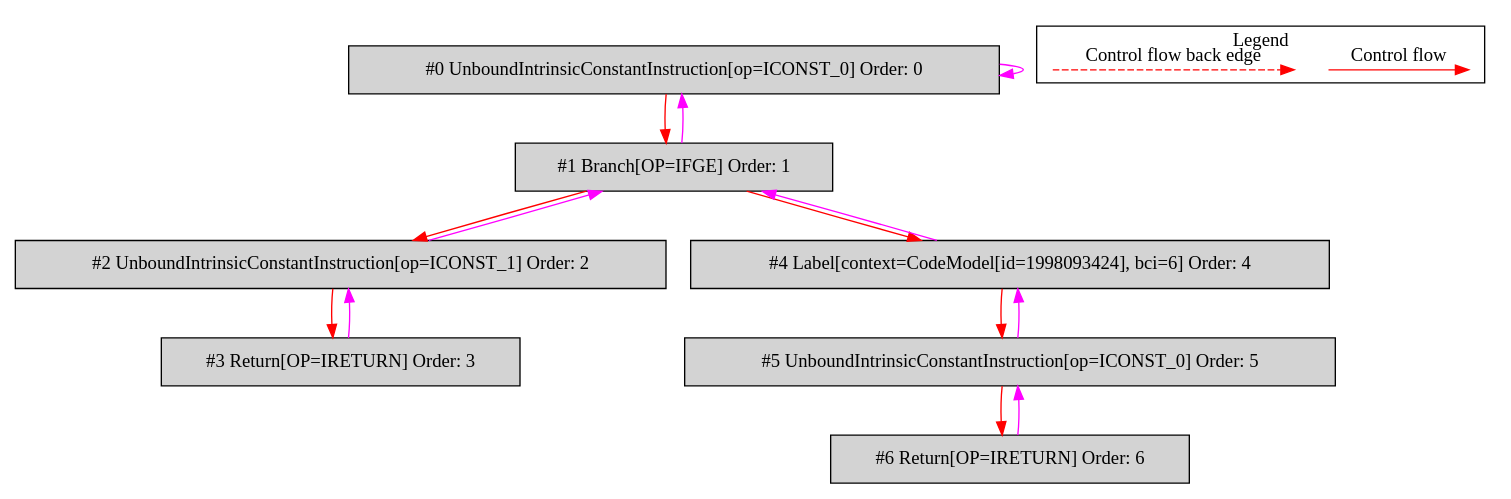
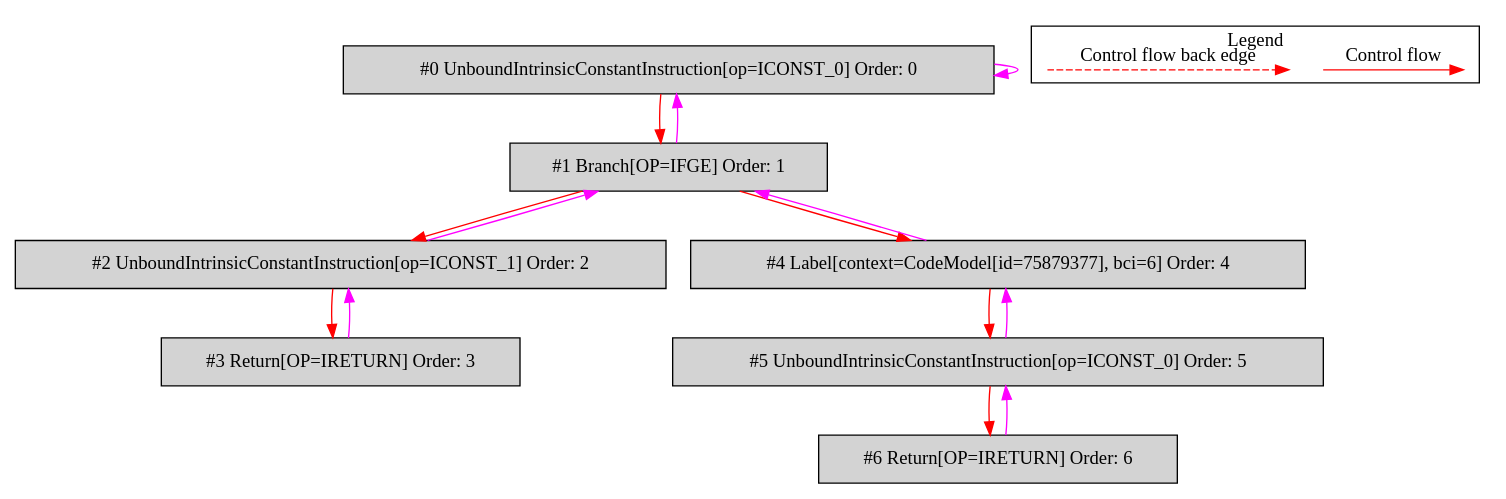
The diagram in de.mirkosertic.metair.ir.OpcodeIFGETest/test_IFGE/bytecodecfg.dot (mirkosertic/MetaIR), drawn with Graphviz before and after one commit. The commit also changed 1202 other files, not shown here.

```diff
--- a/de.mirkosertic.metair.ir.OpcodeIFGETest/test_IFGE/bytecodecfg.dot
+++ b/de.mirkosertic.metair.ir.OpcodeIFGETest/test_IFGE/bytecodecfg.dot
@@ -1,37 +1,37 @@
 digraph {
  ordering="in";
  node0[label="#0 UnboundIntrinsicConstantInstruction[op=ICONST_0] Order: 0", shape=box, fillcolor=lightgrey, style=filled];
  node1[label="#1 Branch[OP=IFGE] Order: 1", shape=box, fillcolor=lightgrey, style=filled];
  node2[label="#2 UnboundIntrinsicConstantInstruction[op=ICONST_1] Order: 2", shape=box, fillcolor=lightgrey, style=filled];
  node3[label="#3 Return[OP=IRETURN] Order: 3", shape=box, fillcolor=lightgrey, style=filled];
- node4[label="#4 Label[context=CodeModel[id=1998093424], bci=6] Order: 4", shape=box, fillcolor=lightgrey, style=filled];
+ node4[label="#4 Label[context=CodeModel[id=75879377], bci=6] Order: 4", shape=box, fillcolor=lightgrey, style=filled];
  node5[label="#5 UnboundIntrinsicConstantInstruction[op=ICONST_0] Order: 5", shape=box, fillcolor=lightgrey, style=filled];
  node6[label="#6 Return[OP=IRETURN] Order: 6", shape=box, fillcolor=lightgrey, style=filled];
  node0 -> node0[color=fuchsia];
  node0 -> node1[color=red];
  node1 -> node0[color=fuchsia];
  node1 -> node2[color=red];
  node2 -> node1[color=fuchsia];
  node2 -> node3[color=red];
  node3 -> node2[color=fuchsia];
  node1 -> node4[color=red];
  node4 -> node1[color=fuchsia];
  node4 -> node5[color=red];
  node5 -> node4[color=fuchsia];
  node5 -> node6[color=red];
  node6 -> node5[color=fuchsia];
  subgraph cluster_000 {
   label = "Legend";
   node [shape=point]
   {
    rank=same;
    c0 [style = invis];
    c1 [style = invis];
    c2 [style = invis];
    c3 [style = invis];
   }
   c0 -> c1 [label="Control flow", style=solid, color=red]
   c2 -> c3 [label="Control flow back edge", style=dashed, color=red]
  }
 
 }
```
